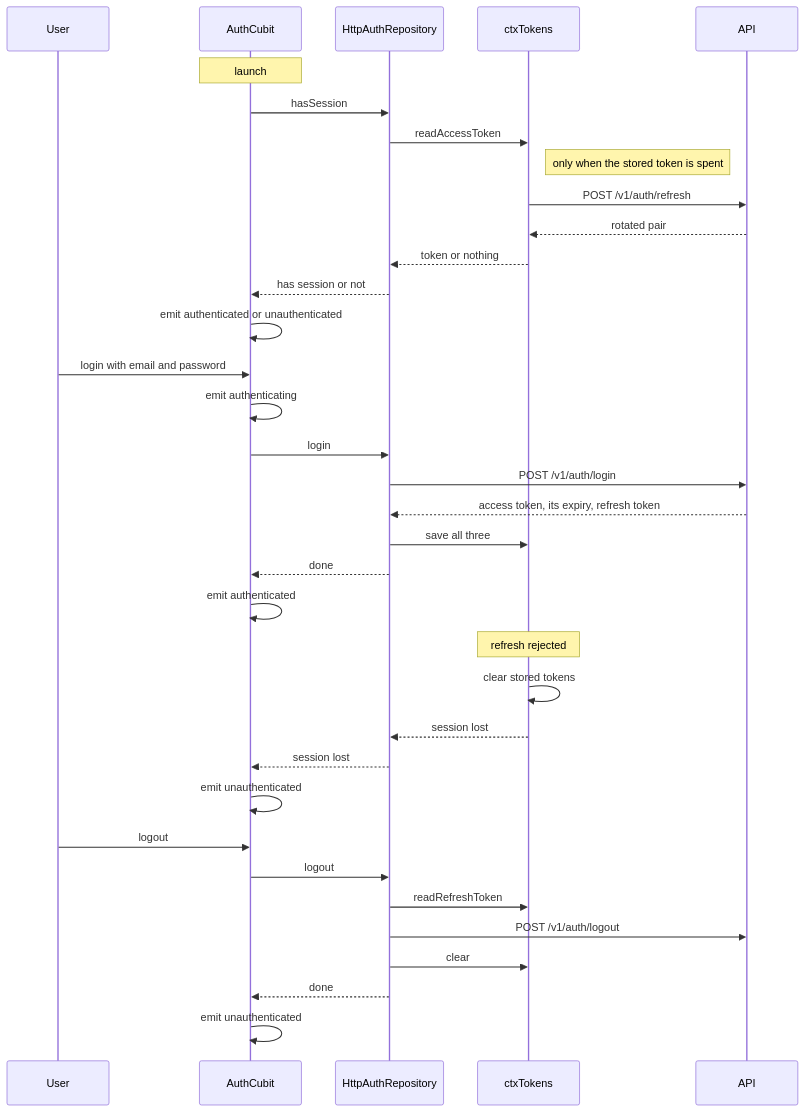
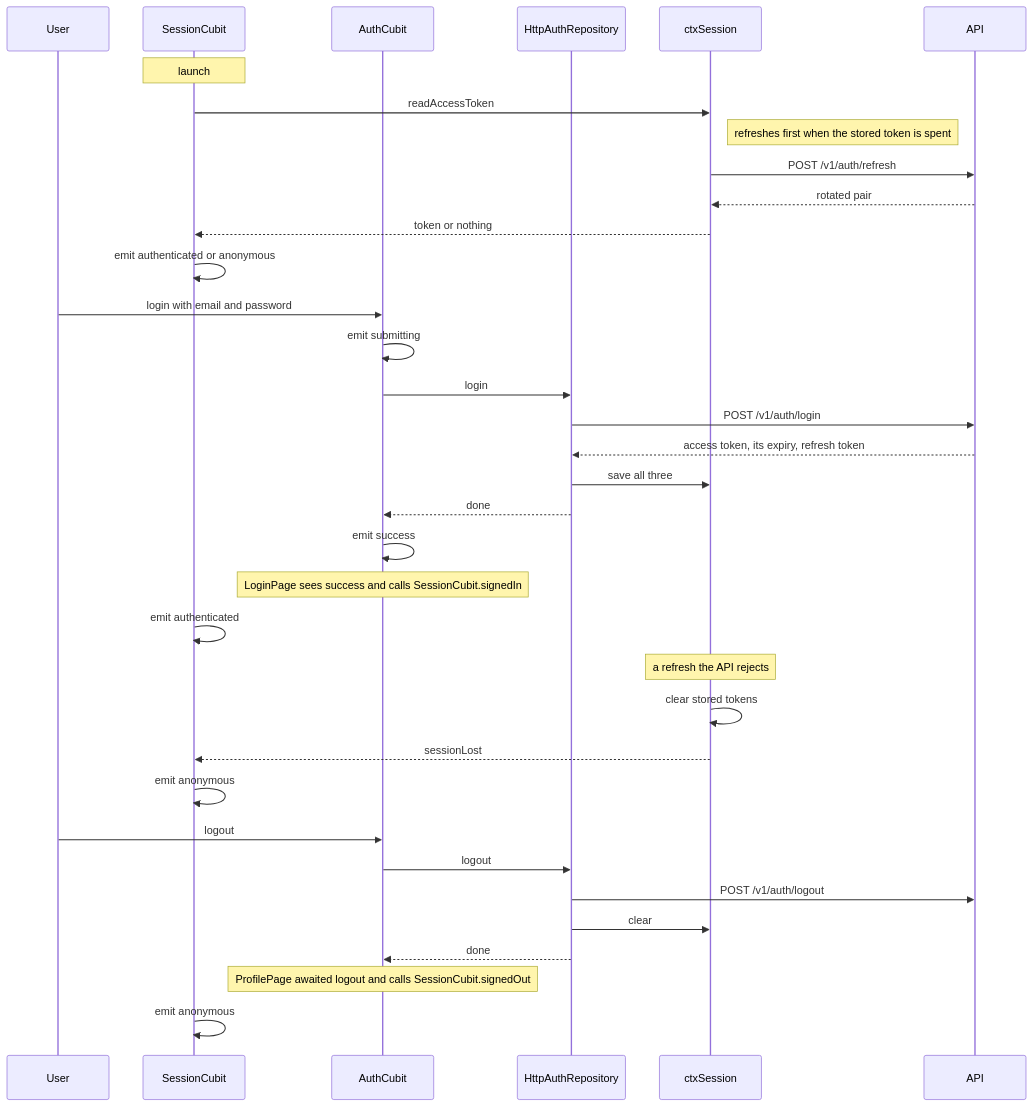
Before and after one commit to gbrandtio/ctx.0: the sixth of 7 diagrams in docs/architecture/mobile-app.md, drawn with Mermaid. The commit also changed other lines of this file and 70 other files, not shown here.

Commit message:
Fixing architecture, updating documentation, fixing naming conventions

````diff
--- a/docs/architecture/mobile-app.md
+++ b/docs/architecture/mobile-app.md
@@ -304,41 +375,41 @@
 ```mermaid
 sequenceDiagram
     participant U as User
+    participant S as SessionCubit
     participant C as AuthCubit
     participant R as HttpAuthRepository
-    participant T as ctxTokens
+    participant T as ctxSession
     participant A as API
 
-    Note over C: launch
-    C->>R: hasSession
-    R->>T: readAccessToken
-    Note right of T: only when the stored token is spent
+    Note over S: launch
+    S->>T: readAccessToken
+    Note right of T: refreshes first when the stored token is spent
     T->>A: POST /v1/auth/refresh
     A-->>T: rotated pair
-    T-->>R: token or nothing
-    R-->>C: has session or not
-    C->>C: emit authenticated or unauthenticated
+    T-->>S: token or nothing
+    S->>S: emit authenticated or anonymous
 
     U->>C: login with email and password
-    C->>C: emit authenticating
+    C->>C: emit submitting
     C->>R: login
     R->>A: POST /v1/auth/login
     A-->>R: access token, its expiry, refresh token
     R->>T: save all three
     R-->>C: done
-    C->>C: emit authenticated
+    C->>C: emit success
+    Note over C: LoginPage sees success and calls SessionCubit.signedIn
+    S->>S: emit authenticated
 
-    Note over T: refresh rejected
+    Note over T: a refresh the API rejects
     T->>T: clear stored tokens
-    T-->>R: session lost
-    R-->>C: session lost
-    C->>C: emit unauthenticated
+    T-->>S: sessionLost
+    S->>S: emit anonymous
 
     U->>C: logout
     C->>R: logout
-    R->>T: readRefreshToken
     R->>A: POST /v1/auth/logout
     R->>T: clear
     R-->>C: done
-    C->>C: emit unauthenticated
+    Note over C: ProfilePage awaited logout and calls SessionCubit.signedOut
+    S->>S: emit anonymous
 ```
````
